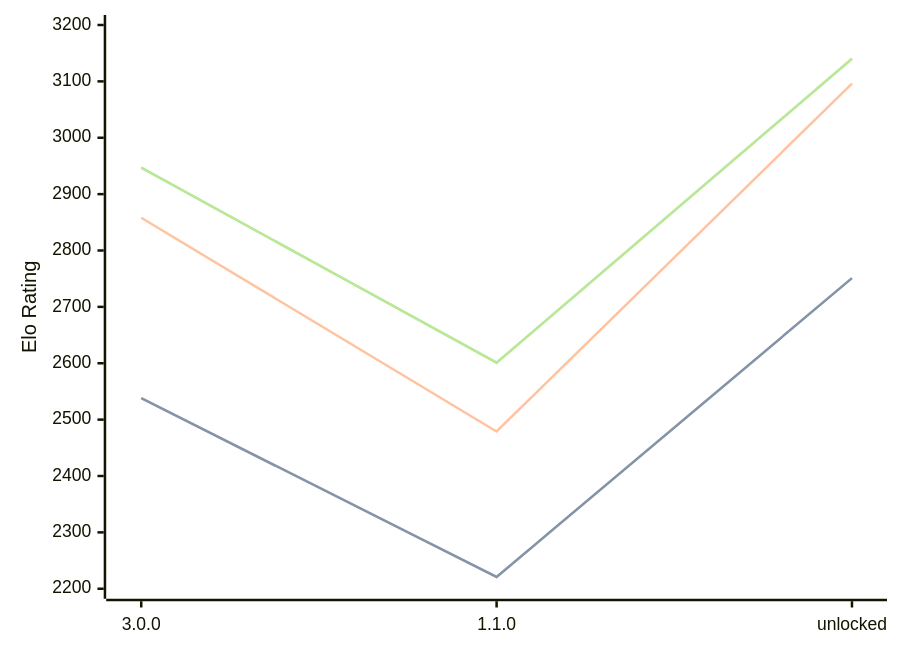
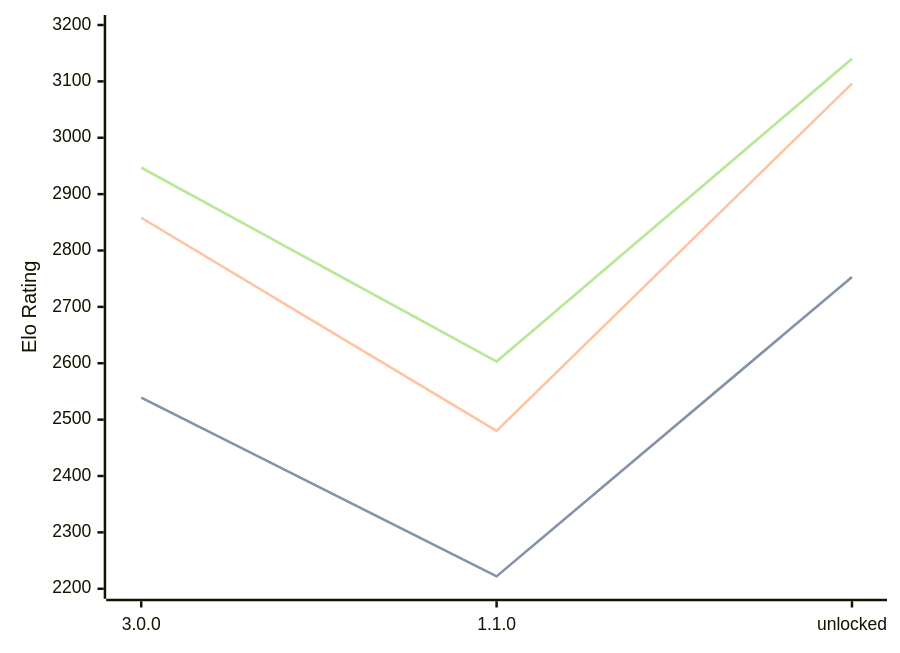
Before and after one commit to computer-chess-index/cci: the diagram in engines/Potential.md, drawn with Mermaid. The commit also changed other lines of this file, not shown here.

Commit message:
Update CCI Ratings (ELO VLTC) - 2026-09-13

````diff
--- a/engines/Potential.md
+++ b/engines/Potential.md
@@ -33,11 +33,11 @@
 ```mermaid
 %%{init: {"theme":"base","themeVariables":{"seriesColors:['#a3a3a3','#222221','#faa371']}}}%%
 xychart-beta
   x-axis ["3.0.0", "1.1.0", "unlocked"]
   y-axis "Elo Rating" 2200 --> 3200
-  line "" [2538, 2221, 2751]
-  line "STC (8.0+0.08s)" [2538, 2221, 2751]
-  line "LTC (60.0+0.60s)" [2858, 2479, 3096]
-  line "" [2947, 2601, 3140]
-  line "VLTC (2m24s+1.12s)" [2947, 2601, 3140]
+  line "" [2539, 2222, 2753]
+  line "STC (8.0+0.08s)" [2539, 2222, 2753]
+  line "LTC (60.0+0.60s)" [2858, 2480, 3096]
+  line "" [2947, 2603, 3140]
+  line "VLTC (2m24s+1.12s)" [2947, 2603, 3140]
 ```
````
